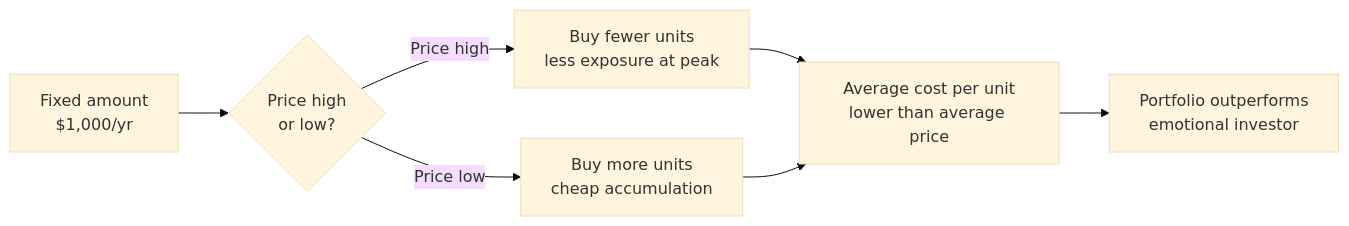
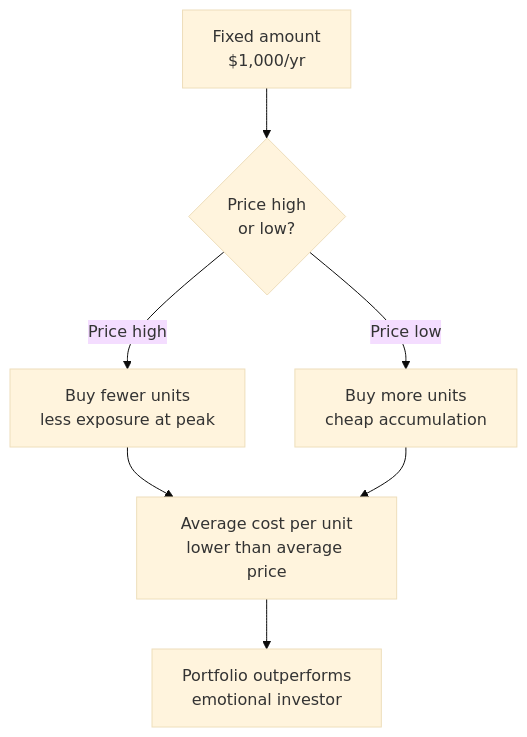
One commit to leotansingapore/aia-product-compass-hub changed the first of 2 diagrams in docs/first-60-days/week-5/day-30.md. Above: the diagram before and after it, drawn with Mermaid (base theme). The commit also changed other lines of this file and 56 other files, not shown here.

Commit message:
Readability pass across first-60-days: styled HTML to tables/diagrams, cleaner formatting, no leaked metadata

````diff
--- a/docs/first-60-days/week-5/day-30.md
+++ b/docs/first-60-days/week-5/day-30.md
@@ -39,9 +39,9 @@
 ```mermaid
-flowchart LR
+flowchart TD
     A["Fixed amount<br/>$1,000/yr"] --> B{"Price high<br/>or low?"}
-    B -- "Price high" --> C["Buy fewer units<br/>less exposure at peak"]
-    B -- "Price low" --> D["Buy more units<br/>cheap accumulation"]
+    B -->|"Price high"| C["Buy fewer units<br/>less exposure at peak"]
+    B -->|"Price low"| D["Buy more units<br/>cheap accumulation"]
     C --> E["Average cost per unit<br/>lower than average price"]
     D --> E
     E --> F["Portfolio outperforms<br/>emotional investor"]
 ```
````
